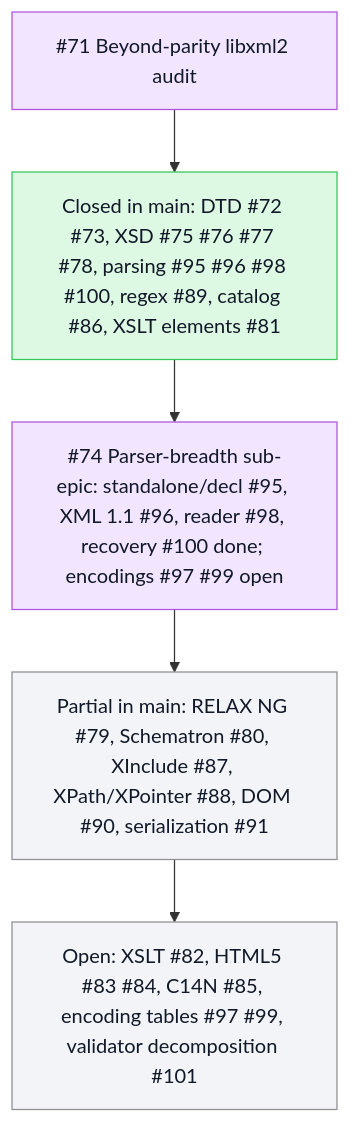
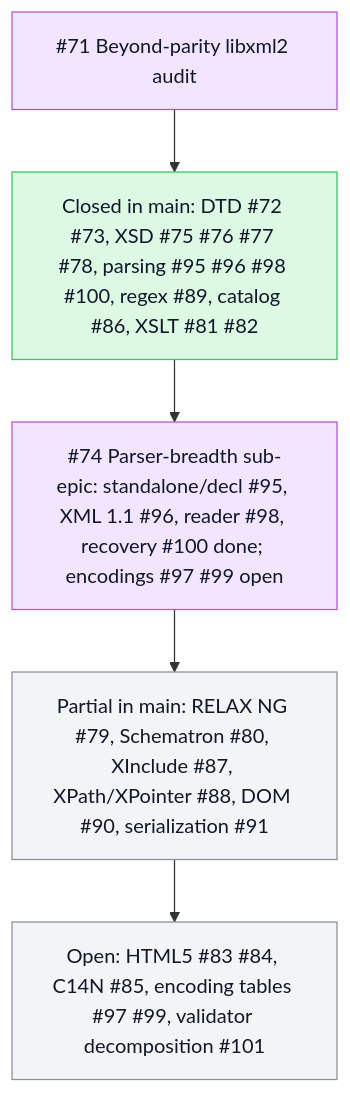
The second of 2 diagrams in README.md (mihaelamj/PureXML), drawn with Mermaid before and after one commit.

Commit message:
docs: move closed XSLT #82 to done in roadmap

````diff
--- a/README.md
+++ b/README.md
@@ -73,16 +73,16 @@
 ```mermaid
 flowchart TB
   classDef done fill:#ddf9e4,stroke:#34c759,color:#111827
   classDef review fill:#fff7d6,stroke:#ffcc00,color:#111827
   classDef epic fill:#f2e5ff,stroke:#af52de,color:#111827
   classDef todo fill:#f2f4f7,stroke:#8e8e93,color:#111827
   Epic71["#71 Beyond-parity libxml2 audit"]:::epic
-  AuditDone["Closed in main: DTD #72 #73, XSD #75 #76 #77 #78, parsing #95 #96 #98 #100, regex #89, catalog #86, XSLT elements #81"]:::done
+  AuditDone["Closed in main: DTD #72 #73, XSD #75 #76 #77 #78, parsing #95 #96 #98 #100, regex #89, catalog #86, XSLT #81 #82"]:::done
   Epic74["#74 Parser-breadth sub-epic: standalone/decl #95, XML 1.1 #96, reader #98, recovery #100 done; encodings #97 #99 open"]:::epic
   Partial["Partial in main: RELAX NG #79, Schematron #80, XInclude #87, XPath/XPointer #88, DOM #90, serialization #91"]:::todo
-  Open["Open: XSLT #82, HTML5 #83 #84, C14N #85, encoding tables #97 #99, validator decomposition #101"]:::todo
+  Open["Open: HTML5 #83 #84, C14N #85, encoding tables #97 #99, validator decomposition #101"]:::todo
   Epic71 --> AuditDone
   AuditDone --> Epic74
   Epic74 --> Partial
   Partial --> Open
 ```
````
